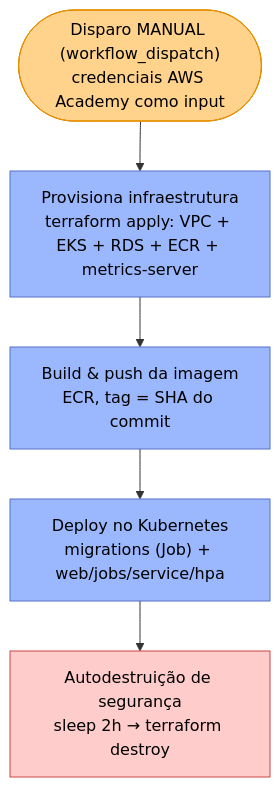
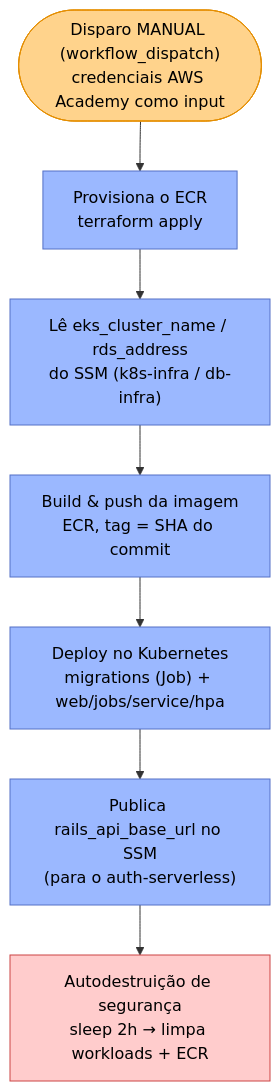
The fourth of 4 diagrams in README.md (FIAP-15SOAT-GabrielHelton/api), drawn with Mermaid before and after one commit. The commit also changed other lines of this file and 1 other file, not shown here.

First line of the commit message:
docs: mover README da Fase 2 para docs/fase2/ e reescrever o README raiz para a Fase 3

````diff
--- a/README.md
+++ b/README.md
@@ -129,14 +156,16 @@
 ```mermaid
 flowchart TB
-    Trigger(["Disparo MANUAL (workflow_dispatch)\ncredenciais AWS Academy como input"]) --> Provision["Provisiona infraestrutura\nterraform apply: VPC + EKS + RDS + ECR + metrics-server"]
-    Provision --> Build["Build & push da imagem\nECR, tag = SHA do commit"]
+    Trigger(["Disparo MANUAL (workflow_dispatch)\ncredenciais AWS Academy como input"]) --> Provision["Provisiona o ECR\nterraform apply"]
+    Provision --> Read["Lê eks_cluster_name / rds_address\ndo SSM (k8s-infra / db-infra)"]
+    Read --> Build["Build & push da imagem\nECR, tag = SHA do commit"]
     Build --> Deploy["Deploy no Kubernetes\nmigrations (Job) + web/jobs/service/hpa"]
-    Deploy --> Destroy["Autodestruição de segurança\nsleep 2h → terraform destroy"]
+    Deploy --> Publish["Publica rails_api_base_url no SSM\n(para o auth-serverless)"]
+    Publish --> Destroy["Autodestruição de segurança\nsleep 2h → limpa workloads + ECR"]
 
     classDef manual fill:#ffd38c,stroke:#e58e00,color:#000
     classDef step fill:#9bb8ff,stroke:#5470c6,color:#000
     classDef danger fill:#ffcccc,stroke:#cc4444,color:#000
     class Trigger manual
-    class Provision,Build,Deploy step
+    class Provision,Read,Build,Deploy,Publish step
     class Destroy danger
 ```
````
